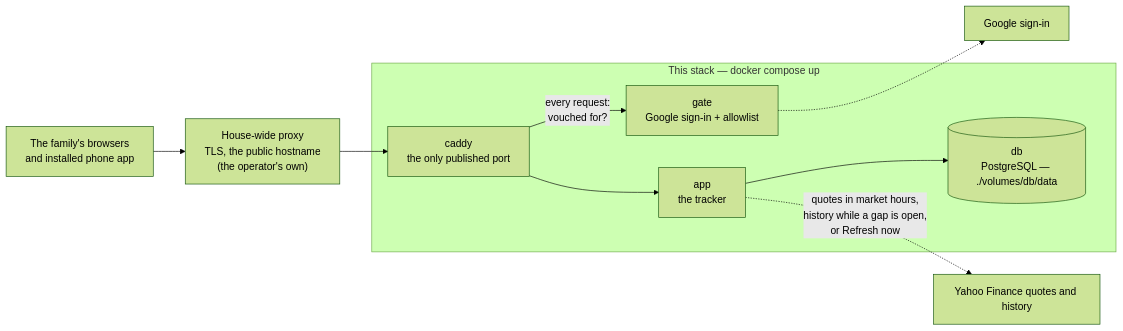
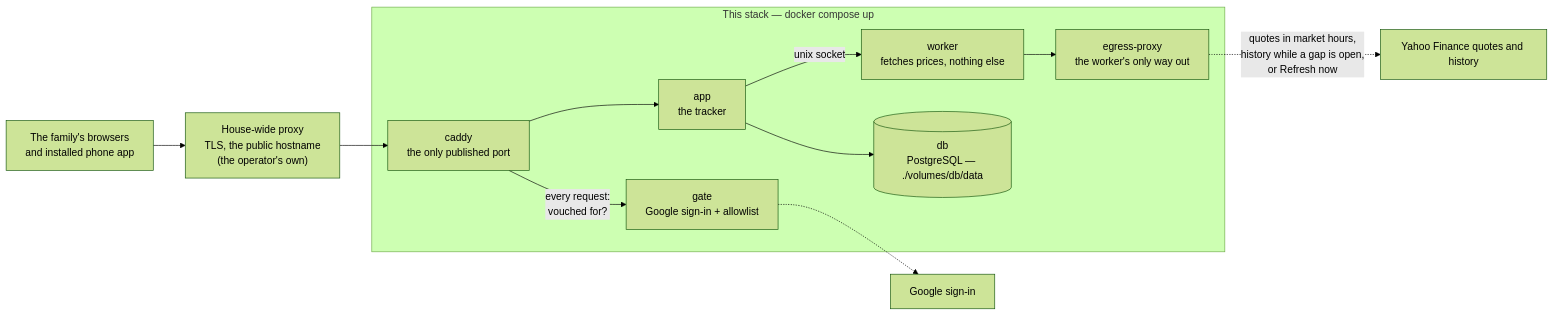
The diagram in README.md (chethan123/portfolio), drawn with Mermaid (forest theme) before and after one commit. The commit also changed other lines of this file and 11 other files, not shown here.

````diff
--- a/README.md
+++ b/README.md
@@ -556,22 +556,26 @@
 ```mermaid
 graph LR
     browser["The family's browsers<br/>and installed phone app"]
     house["House-wide proxy<br/>TLS, the public hostname<br/>(the operator's own)"]
 
     subgraph stack["This stack — docker compose up"]
         caddy["caddy<br/>the only published port"]
         gate["gate<br/>Google sign-in + allowlist"]
         app["app<br/>the tracker"]
+        worker["worker<br/>fetches prices, nothing else"]
+        egressProxy["egress-proxy<br/>the worker's only way out"]
         db[("db<br/>PostgreSQL — ./volumes/db/data")]
     end
 
     google["Google sign-in"]
     yahoo["Yahoo Finance quotes and history"]
 
     browser --> house --> caddy
     caddy -->|"every request:<br/>vouched for?"| gate
     caddy --> app
     gate -.-> google
     app --> db
-    app -.->|quotes in market hours,<br/>history while a gap is open,<br/>or Refresh now| yahoo
+    app -->|unix socket| worker
+    worker --> egressProxy
+    egressProxy -.->|quotes in market hours,<br/>history while a gap is open,<br/>or Refresh now| yahoo
 ```
````
